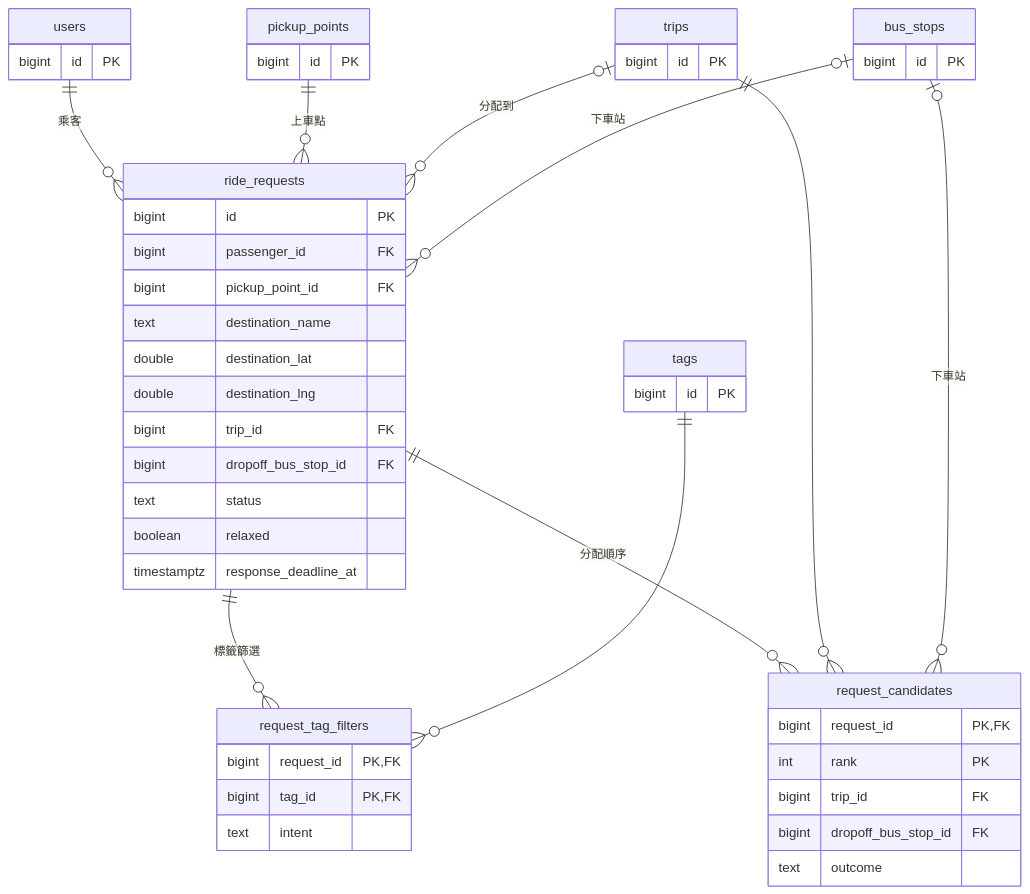
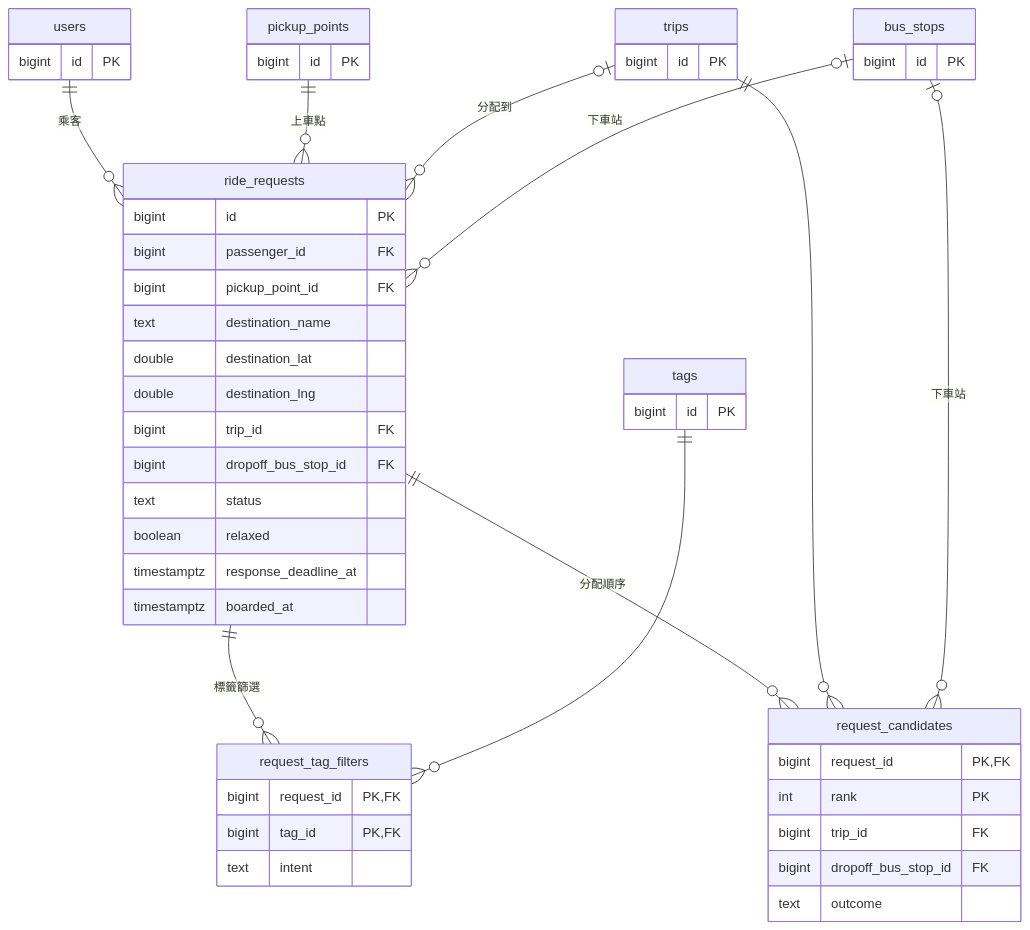
Before and after one commit to sohoffice/debugthon-carpool: the seventh of 13 diagrams in docs/design.md, drawn with Mermaid. The commit also changed other lines of this file and 1 other file, not shown here.

First line of the commit message:
Record T13 design decisions: confirm timeout, usual-data rule, boarded time

````diff
--- a/docs/design.md
+++ b/docs/design.md
@@ -758,53 +763,54 @@
 ```mermaid
 erDiagram
     users ||--o{ ride_requests : "乘客"
     pickup_points ||--o{ ride_requests : "上車點"
     trips |o--o{ ride_requests : "分配到"
     bus_stops |o--o{ ride_requests : "下車站"
     ride_requests ||--o{ request_tag_filters : "標籤篩選"
     tags ||--o{ request_tag_filters : ""
     ride_requests ||--o{ request_candidates : "分配順序"
     trips ||--o{ request_candidates : ""
     bus_stops |o--o{ request_candidates : "下車站"
 
     ride_requests {
         bigint id PK
         bigint passenger_id FK
         bigint pickup_point_id FK
         text destination_name
         double destination_lat
         double destination_lng
         bigint trip_id FK
         bigint dropoff_bus_stop_id FK
         text status
         boolean relaxed
         timestamptz response_deadline_at
+        timestamptz boarded_at
     }
     request_tag_filters {
         bigint request_id PK, FK
         bigint tag_id PK, FK
         text intent
     }
     request_candidates {
         bigint request_id PK, FK
         int rank PK
         bigint trip_id FK
         bigint dropoff_bus_stop_id FK
         text outcome
     }
     users {
         bigint id PK
     }
     pickup_points {
         bigint id PK
     }
     trips {
         bigint id PK
     }
     bus_stops {
         bigint id PK
     }
     tags {
         bigint id PK
     }
 ```
````
